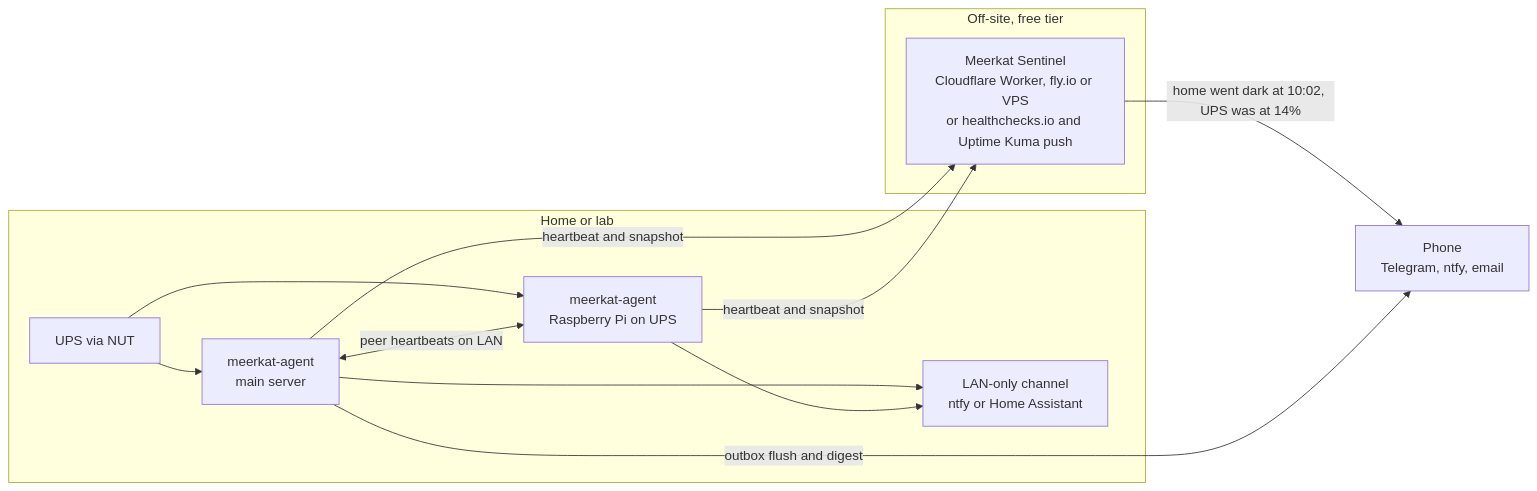
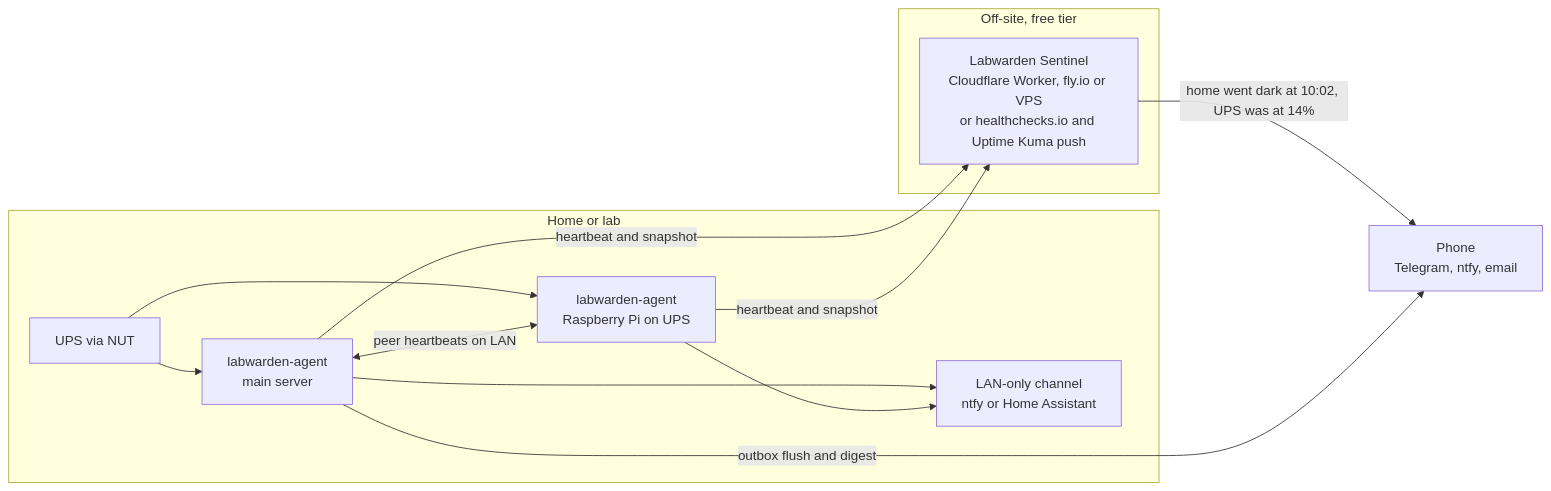
Before and after one commit to Xrg360/Sheltie: the third of 6 diagrams in docs/ARCHITECTURE.md, drawn with Mermaid. The commit also changed other lines of this file and 11 other files, not shown here.

````diff
--- a/docs/ARCHITECTURE.md
+++ b/docs/ARCHITECTURE.md
@@ -93,21 +93,21 @@
 ```mermaid
 flowchart LR
   subgraph Home["Home or lab"]
-    A1["meerkat-agent<br/>main server"]
-    A2["meerkat-agent<br/>Raspberry Pi on UPS"]
+    A1["labwarden-agent<br/>main server"]
+    A2["labwarden-agent<br/>Raspberry Pi on UPS"]
     UPS["UPS via NUT"]
     UPS --> A1
     UPS --> A2
     A1 <-->|"peer heartbeats on LAN"| A2
     LAN["LAN-only channel<br/>ntfy or Home Assistant"]
     A1 --> LAN
     A2 --> LAN
   end
   subgraph Offsite["Off-site, free tier"]
-    S["Meerkat Sentinel<br/>Cloudflare Worker, fly.io or VPS<br/>or healthchecks.io and Uptime Kuma push"]
+    S["Labwarden Sentinel<br/>Cloudflare Worker, fly.io or VPS<br/>or healthchecks.io and Uptime Kuma push"]
   end
   A1 -->|"heartbeat and snapshot"| S
   A2 -->|"heartbeat and snapshot"| S
   S -->|"home went dark at 10:02, UPS was at 14%"| PHONE["Phone<br/>Telegram, ntfy, email"]
   A1 -->|"outbox flush and digest"| PHONE
 ```
````
